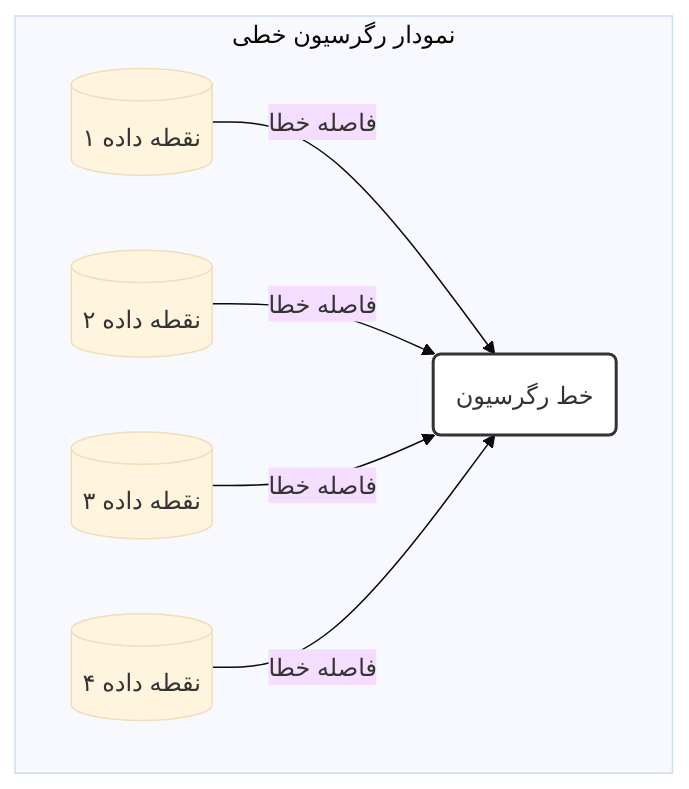
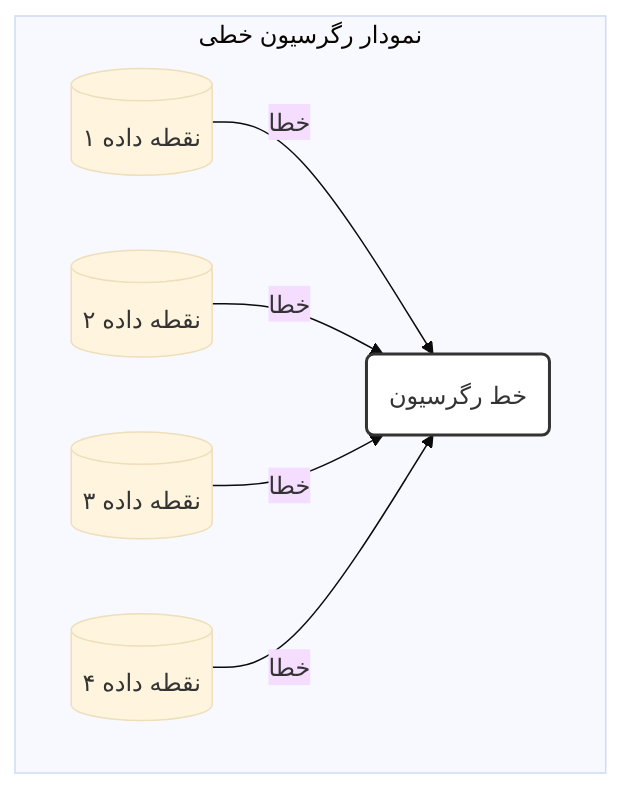
One commit to rezashahnazar/practical-ai-in-biology-book changed the diagram in 06-advanced-topics-and-real-world-applications/01-predicting-continuous-values-regression.md. Above: the diagram before and after it, drawn with Mermaid (base theme). The commit also changed other lines of this file and 18 other files, not shown here.

````diff
--- a/06-advanced-topics-and-real-world-applications/01-predicting-continuous-values-regression.md
+++ b/06-advanced-topics-and-real-world-applications/01-predicting-continuous-values-regression.md
@@ -29,10 +37,10 @@
 ```mermaid
 graph TD
     subgraph "نمودار رگرسیون خطی"
-        A[("نقطه داده ۱")] -- فاصله خطا --> B(خط رگرسیون)
-        C[("نقطه داده ۲")] -- فاصله خطا --> B
-        D[("نقطه داده ۳")] -- فاصله خطا --> B
-        E[("نقطه داده ۴")] -- فاصله خطا --> B
+        A[("نقطه داده ۱")] --    خطا --> B(خط رگرسیون)
+        C[("نقطه داده ۲")] --    خطا --> B
+        D[("نقطه داده ۳")] --    خطا --> B
+        E[("نقطه داده ۴")] --    خطا --> B
     end
     style B fill:#fff,stroke:#333,stroke-width:2px
 ```
````
